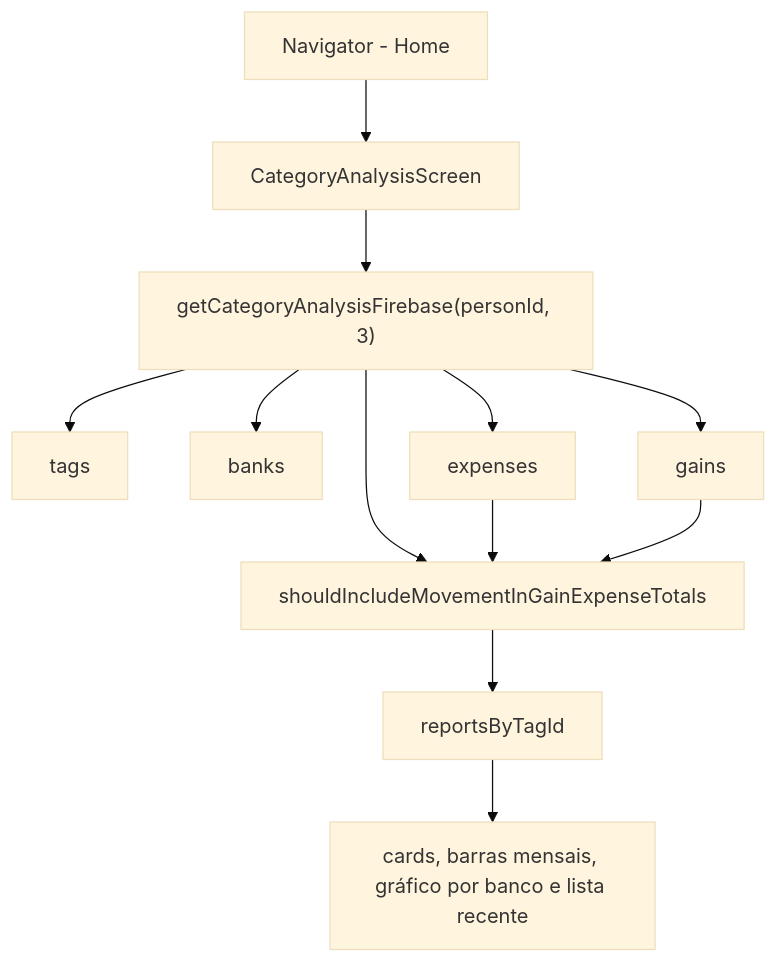
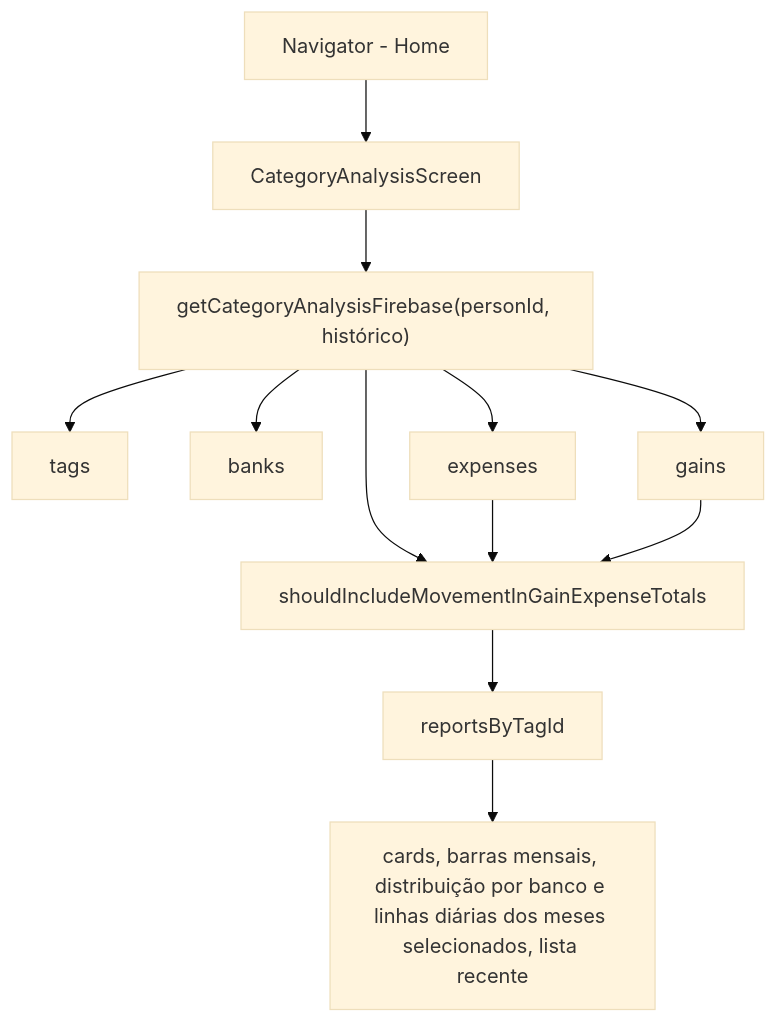
One commit to gabrielmazz/finances-app changed the diagram in Arquitetura/Análise por Categoria.md. Above: the diagram before and after it, drawn with Mermaid (base theme). The commit also changed other lines of this file and 96 other files, not shown here.

````diff
--- a/Arquitetura/Análise por Categoria.md
+++ b/Arquitetura/Análise por Categoria.md
@@ -15,14 +15,14 @@
 ```mermaid
 graph TD
     NAV[Navigator - Home] --> CAS[CategoryAnalysisScreen]
-    CAS --> CAF["getCategoryAnalysisFirebase(personId, 3)"]
+    CAS --> CAF["getCategoryAnalysisFirebase(personId, histórico)"]
     CAF --> TAGS[tags]
     CAF --> BANKS[banks]
     CAF --> EXP[expenses]
     CAF --> GAIN[gains]
     CAF --> FILTER["shouldIncludeMovementInGainExpenseTotals"]
     EXP --> FILTER
     GAIN --> FILTER
     FILTER --> REPORT[reportsByTagId]
-    REPORT --> UI["cards, barras mensais, gráfico por banco e lista recente"]
+    REPORT --> UI["cards, barras mensais, distribuição por banco e linhas diárias dos meses selecionados, lista recente"]
 ```
````
